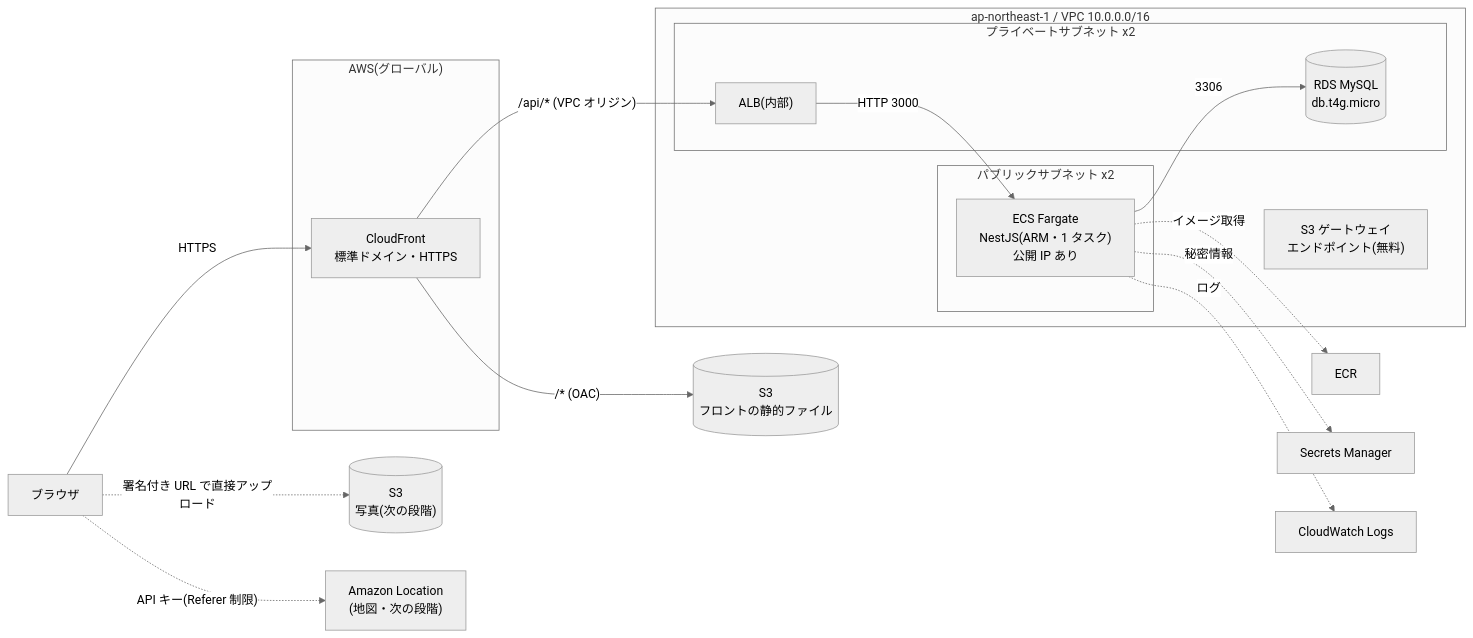
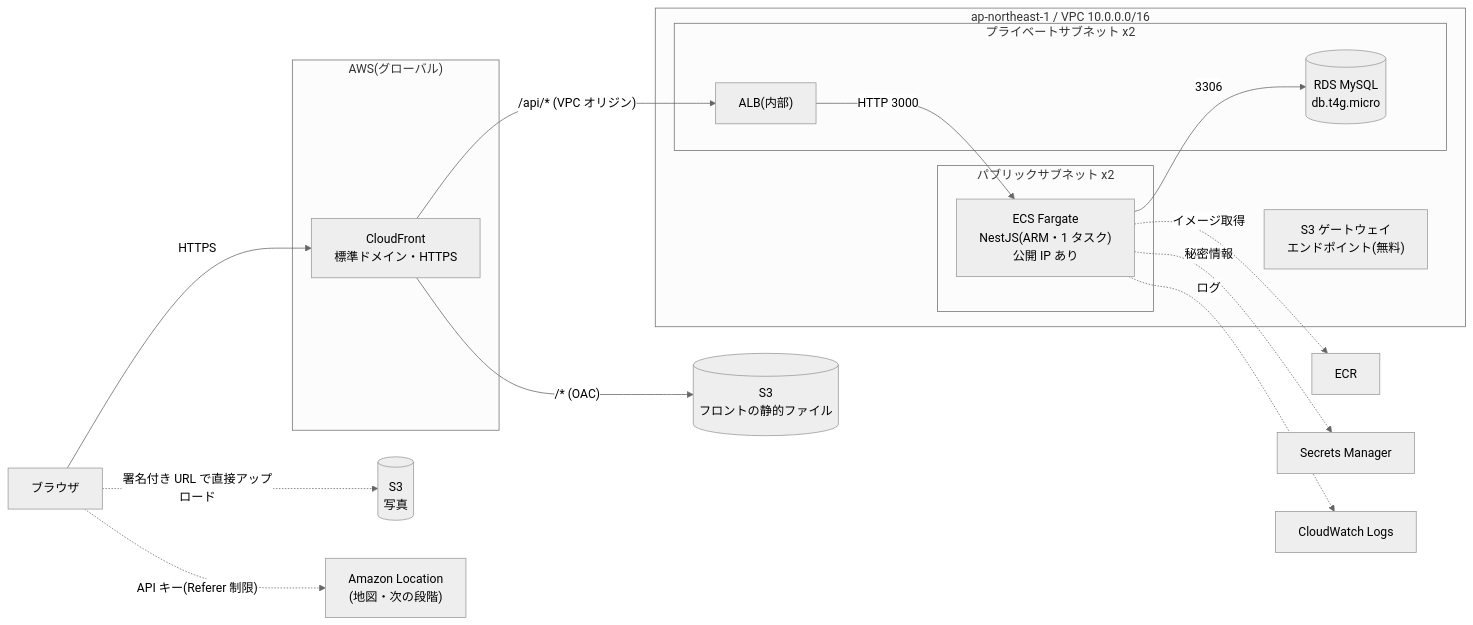
One commit to masatsumaple-creator/app-kadai2-TripDiary changed the diagram in docs/22_インフラ設計.md. Above: the diagram before and after it, drawn with Mermaid (neutral theme). The commit also changed other lines of this file and 6 other files, not shown here.

````diff
--- a/docs/22_インフラ設計.md
+++ b/docs/22_インフラ設計.md
@@ -28,34 +28,34 @@
 ```mermaid
 flowchart LR
   user["ブラウザ"]
   subgraph edge["AWS(グローバル)"]
     cf["CloudFront<br/>標準ドメイン・HTTPS"]
   end
   subgraph region["ap-northeast-1 / VPC 10.0.0.0/16"]
     subgraph pub["パブリックサブネット x2"]
       ecs["ECS Fargate<br/>NestJS(ARM・1 タスク)<br/>公開 IP あり"]
     end
     subgraph priv["プライベートサブネット x2"]
       alb["ALB(内部)"]
       rds[("RDS MySQL<br/>db.t4g.micro")]
     end
     s3gw["S3 ゲートウェイ<br/>エンドポイント(無料)"]
   end
   s3web[("S3<br/>フロントの静的ファイル")]
-  s3img[("S3<br/>写真(次の段階)")]
+  s3img[("S3<br/>写真")]
   ecr["ECR"]
   sm["Secrets Manager"]
   logs["CloudWatch Logs"]
   loc["Amazon Location<br/>(地図・次の段階)"]
 
   user -->|"HTTPS"| cf
   cf -->|"/* (OAC)"| s3web
   cf -->|"/api/* (VPC オリジン)"| alb
   alb -->|"HTTP 3000"| ecs
   ecs -->|"3306"| rds
   ecs -.->|"イメージ取得"| ecr
   ecs -.->|"秘密情報"| sm
   ecs -.->|"ログ"| logs
   user -.->|"署名付き URL で直接アップロード"| s3img
   user -.->|"API キー(Referer 制限)"| loc
 ```
````
